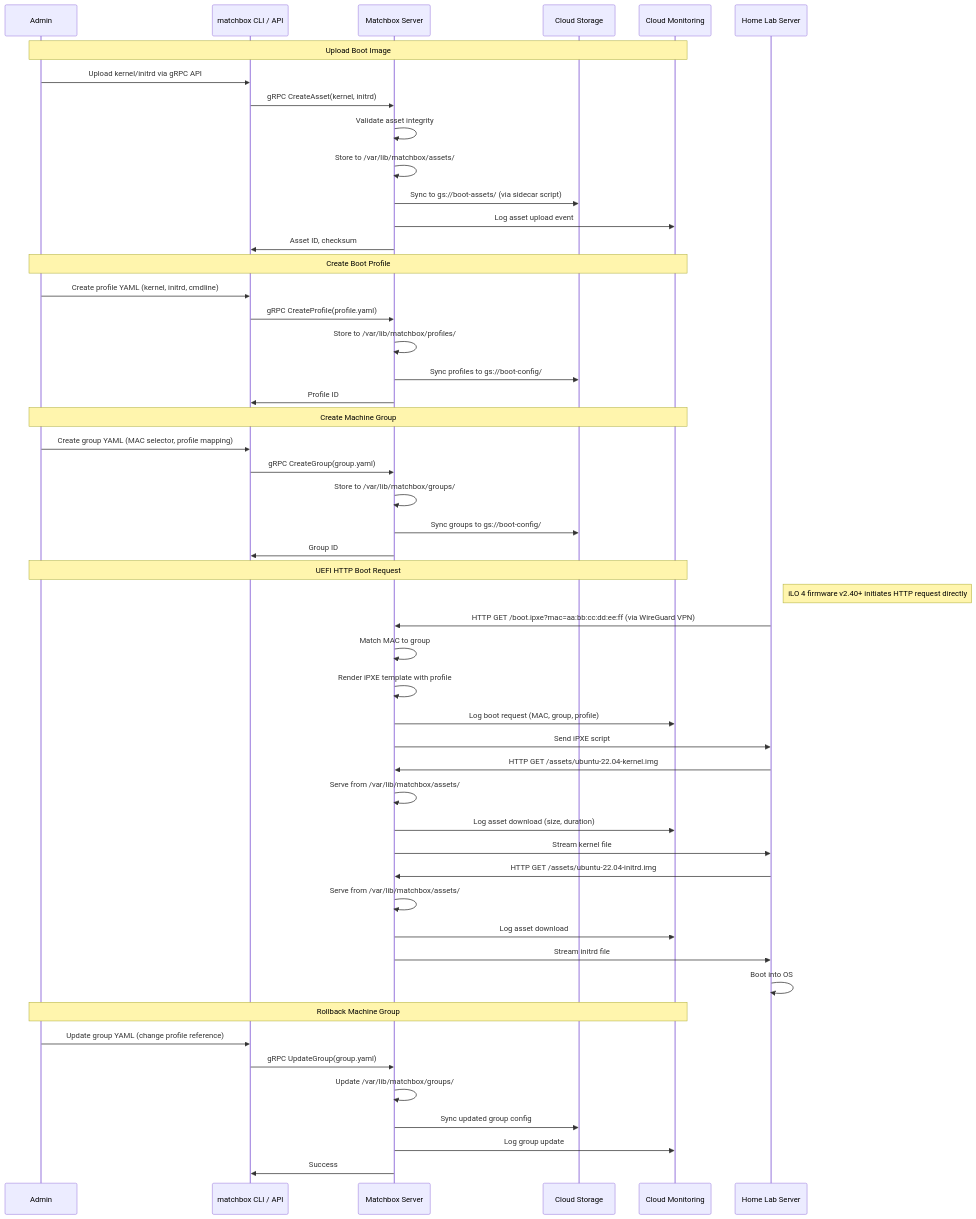
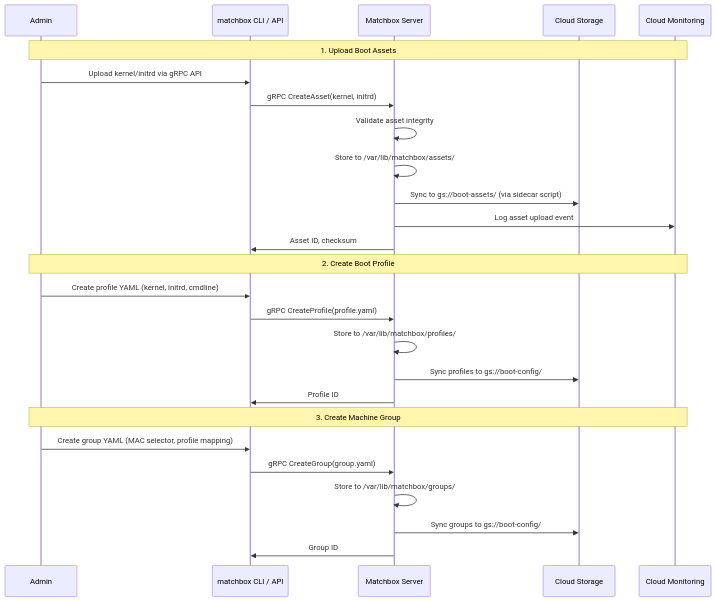
Before and after one commit to Zaba505/infra: the sixth of 11 diagrams in docs/content/r&d/adrs/0005-network-boot-infrastructure-gcp.md, drawn with Mermaid. The commit also changed other lines of this file, not shown here.

Commit message:
docs(issue-605): diagrams are easier to read now

````diff
--- a/docs/content/r&d/adrs/0005-network-boot-infrastructure-gcp.md
+++ b/docs/content/r&d/adrs/0005-network-boot-infrastructure-gcp.md
@@ -374,60 +404,31 @@
 ```mermaid
 sequenceDiagram
     participant Admin
     participant CLI as matchbox CLI / API
     participant Matchbox as Matchbox Server
     participant Storage as Cloud Storage
     participant Monitor as Cloud Monitoring
 
-    Note over Admin,Monitor: Upload Boot Image
+    Note over Admin,Monitor: 1. Upload Boot Assets
     Admin->>CLI: Upload kernel/initrd via gRPC API
     CLI->>Matchbox: gRPC CreateAsset(kernel, initrd)
     Matchbox->>Matchbox: Validate asset integrity
     Matchbox->>Matchbox: Store to /var/lib/matchbox/assets/
     Matchbox->>Storage: Sync to gs://boot-assets/ (via sidecar script)
     Matchbox->>Monitor: Log asset upload event
     Matchbox->>CLI: Asset ID, checksum
 
-    Note over Admin,Monitor: Create Boot Profile
+    Note over Admin,Monitor: 2. Create Boot Profile
     Admin->>CLI: Create profile YAML (kernel, initrd, cmdline)
     CLI->>Matchbox: gRPC CreateProfile(profile.yaml)
     Matchbox->>Matchbox: Store to /var/lib/matchbox/profiles/
     Matchbox->>Storage: Sync profiles to gs://boot-config/
     Matchbox->>CLI: Profile ID
 
-    Note over Admin,Monitor: Create Machine Group
+    Note over Admin,Monitor: 3. Create Machine Group
     Admin->>CLI: Create group YAML (MAC selector, profile mapping)
     CLI->>Matchbox: gRPC CreateGroup(group.yaml)
     Matchbox->>Matchbox: Store to /var/lib/matchbox/groups/
     Matchbox->>Storage: Sync groups to gs://boot-config/
     Matchbox->>CLI: Group ID
-
-    Note over Admin,Monitor: UEFI HTTP Boot Request
-    participant Server as Home Lab Server
-    Note right of Server: iLO 4 firmware v2.40+ initiates HTTP request directly
-    Server->>Matchbox: HTTP GET /boot.ipxe?mac=aa:bb:cc:dd:ee:ff (via WireGuard VPN)
-    Matchbox->>Matchbox: Match MAC to group
-    Matchbox->>Matchbox: Render iPXE template with profile
-    Matchbox->>Monitor: Log boot request (MAC, group, profile)
-    Matchbox->>Server: Send iPXE script
-    
-    Server->>Matchbox: HTTP GET /assets/ubuntu-22.04-kernel.img
-    Matchbox->>Matchbox: Serve from /var/lib/matchbox/assets/
-    Matchbox->>Monitor: Log asset download (size, duration)
-    Matchbox->>Server: Stream kernel file
-    
-    Server->>Matchbox: HTTP GET /assets/ubuntu-22.04-initrd.img
-    Matchbox->>Matchbox: Serve from /var/lib/matchbox/assets/
-    Matchbox->>Monitor: Log asset download
-    Matchbox->>Server: Stream initrd file
-    
-    Server->>Server: Boot into OS
-    
-    Note over Admin,Monitor: Rollback Machine Group
-    Admin->>CLI: Update group YAML (change profile reference)
-    CLI->>Matchbox: gRPC UpdateGroup(group.yaml)
-    Matchbox->>Matchbox: Update /var/lib/matchbox/groups/
-    Matchbox->>Storage: Sync updated group config
-    Matchbox->>Monitor: Log group update
-    Matchbox->>CLI: Success
 ```
````
